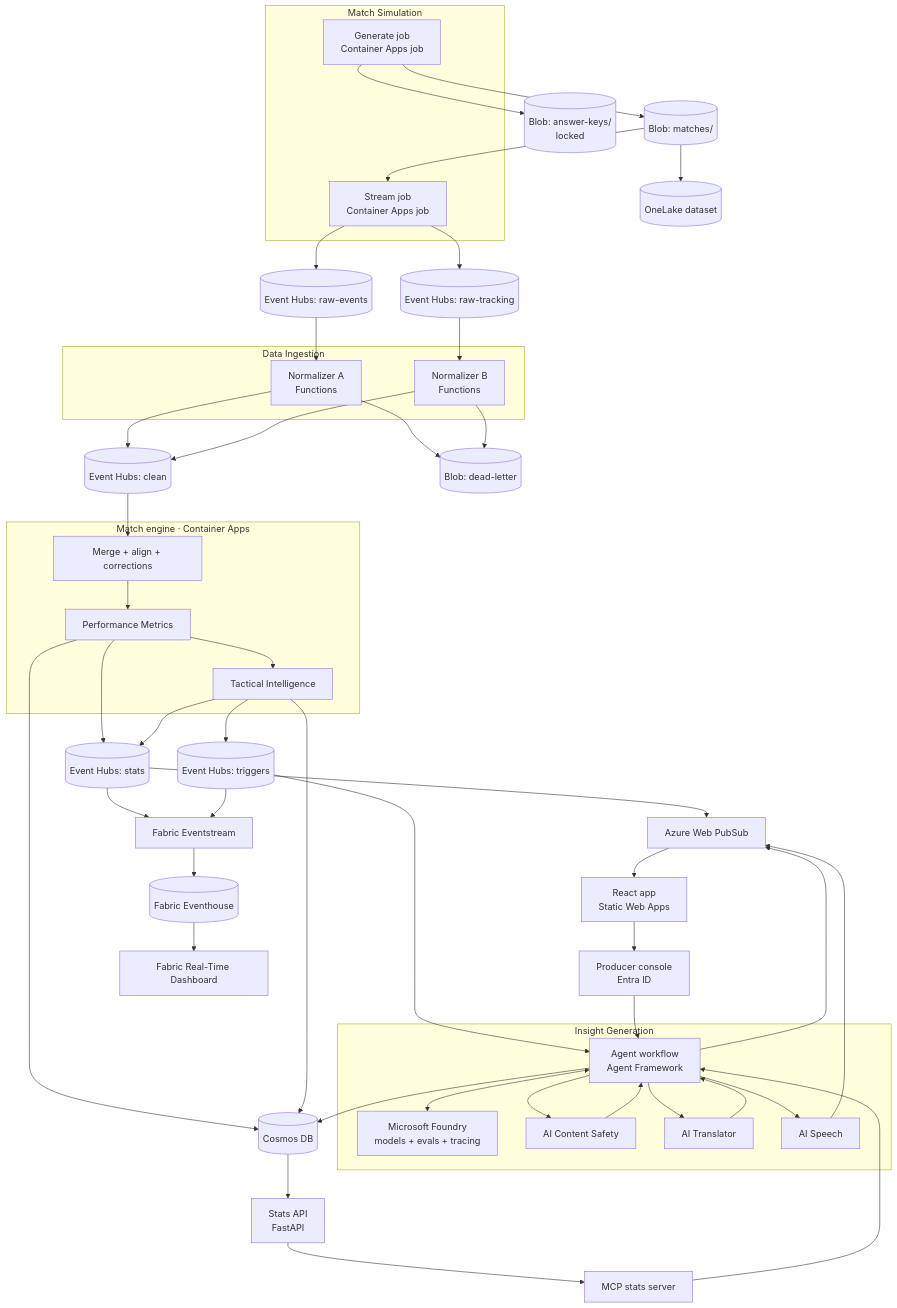
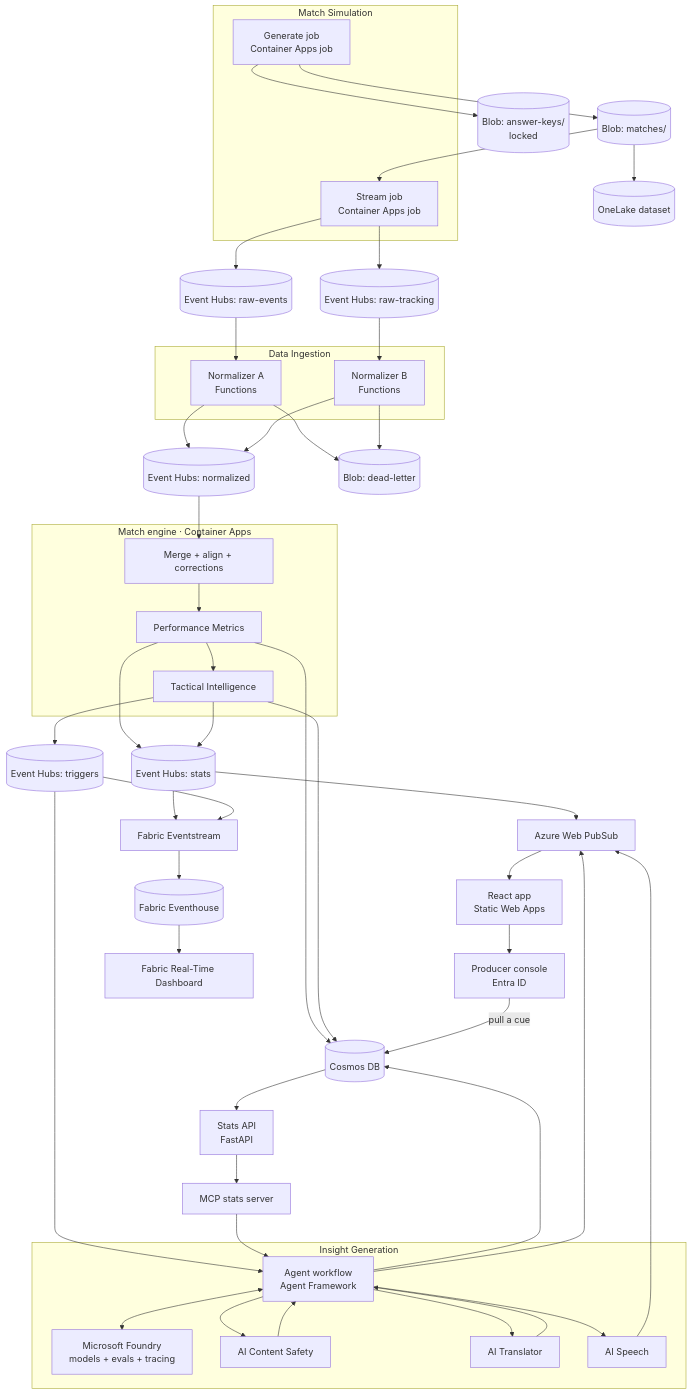
The second of 5 diagrams in docs/design/hld.md (PRACHIT27/offball), drawn with Mermaid before and after one commit. The commit also changed other lines of this file and 8 other files, not shown here.

````diff
--- a/docs/design/hld.md
+++ b/docs/design/hld.md
@@ -97,65 +97,65 @@
 ```mermaid
 flowchart TD
   subgraph SIMD[Match Simulation]
     GEN["Generate job<br/>Container Apps job"]
     STR["Stream job<br/>Container Apps job"]
   end
   GEN --> BLOBM[("Blob: matches/")]
   GEN --> BLOBK[("Blob: answer-keys/<br/>locked")]
   BLOBM --> STR
   STR --> RA[("Event Hubs: raw-events")]
   STR --> RB[("Event Hubs: raw-tracking")]
 
   subgraph INGD[Data Ingestion]
     NA["Normalizer A<br/>Functions"]
     NB["Normalizer B<br/>Functions"]
   end
   RA --> NA
   RB --> NB
-  NA --> CLEAN[("Event Hubs: clean")]
+  NA --> CLEAN[("Event Hubs: normalized")]
   NB --> CLEAN
   NA --> DLQ[("Blob: dead-letter")]
   NB --> DLQ
 
   subgraph ENG[Match engine · Container Apps]
     MRG["Merge + align + corrections"]
     MET["Performance Metrics"]
     TAC["Tactical Intelligence"]
   end
   CLEAN --> MRG --> MET --> TAC
   MET --> STATS[("Event Hubs: stats")]
   TAC --> STATS
   TAC --> TRIG[("Event Hubs: triggers")]
   MET --> COS[("Cosmos DB")]
   TAC --> COS
   COS --> API["Stats API<br/>FastAPI"]
   API --> MCP["MCP stats server"]
 
   subgraph INSD[Insight Generation]
     WF["Agent workflow<br/>Agent Framework"]
     FDY["Microsoft Foundry<br/>models + evals + tracing"]
     CS["AI Content Safety"]
     TR["AI Translator"]
     SP["AI Speech"]
   end
   TRIG --> WF
   MCP --> WF
   WF <--> FDY
   WF --> TR --> WF
   WF --> CS --> WF
   WF --> SP
   WF --> COS
 
   STATS --> PUB["Azure Web PubSub"]
   WF --> PUB
   SP --> PUB
   PUB --> UI["React app<br/>Static Web Apps"]
   UI --> PROD["Producer console<br/>Entra ID"]
-  PROD --> WF
+  PROD -->|pull a cue| COS
 
   STATS --> ES["Fabric Eventstream"]
   TRIG --> ES
   ES --> EHS[("Fabric Eventhouse")]
   EHS --> RTD["Fabric Real-Time Dashboard"]
   BLOBM --> OL[("OneLake dataset")]
 ```
````
